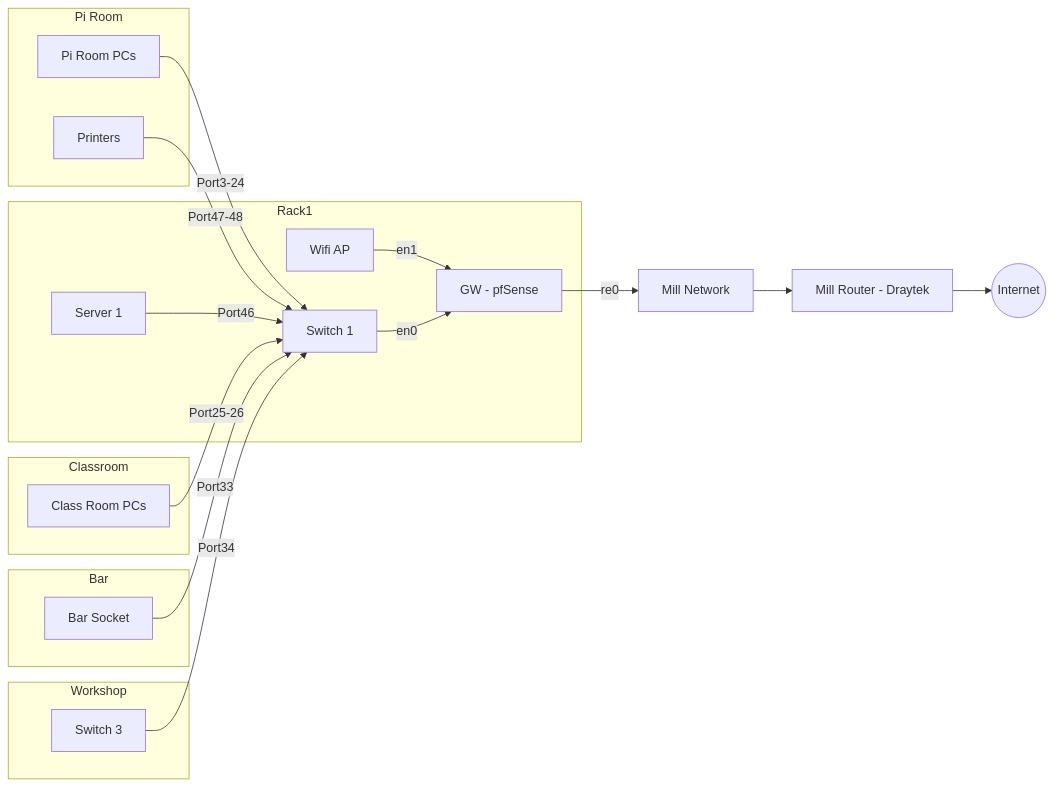
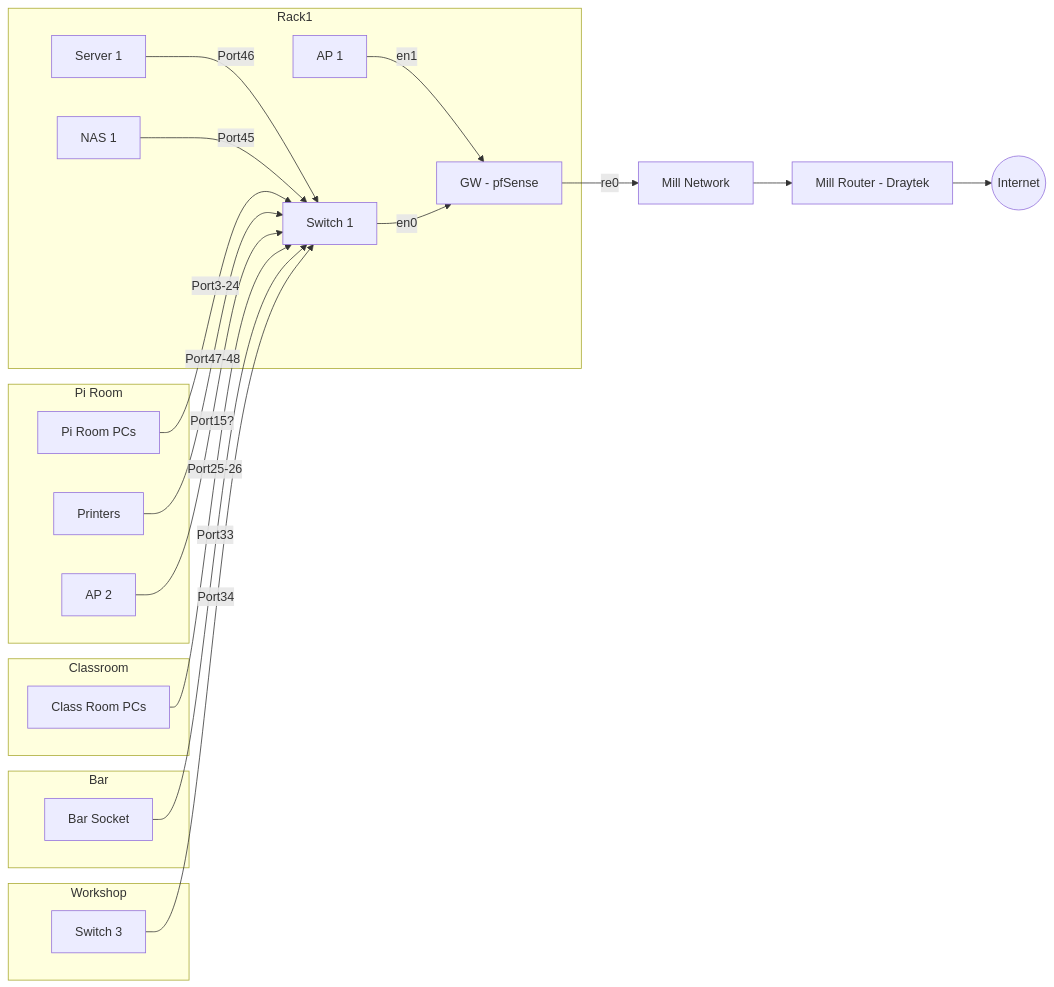
The first of 2 diagrams in docs/infrastructure/network_layout.md (leigh-hackspace/HackspaceWiki), drawn with Mermaid before and after one commit. The commit also changed other lines of this file and 1 other file, not shown here.

````diff
--- a/docs/infrastructure/network_layout.md
+++ b/docs/infrastructure/network_layout.md
@@ -17,29 +20,31 @@
 ```mermaid
 graph LR
     subgraph Rack1
     GW[GW - pfSense] 
-    AP[Wifi AP] -->|en1| GW
+    AP[AP 1] -->|en1| GW
     SWITCH1[Switch 1] -->|en0| GW
     SERVER1[Server 1] -->|Port46| SWITCH1
+    NAS1[NAS 1] --> |Port45| SWITCH1
     end
 
     GW -->|re0| MILL
     MILL[Mill Network] --> MILLROUTER[Mill Router - Draytek] --> INTERNET((Internet))
     
     subgraph Pi Room
     PIROOMPC[Pi Room PCs] -->|Port3-24| SWITCH1
     PRINTERS[Printers] -->|Port47-48| SWITCH1
+    PIROOMAP[AP 2] --> |Port15?| SWITCH1
     end
 
     subgraph Classroom
     CLASSROOMPC[Class Room PCs] -->|Port25-26| SWITCH1
     end
     
     subgraph Bar
     BAR[Bar Socket] -->|Port33| SWITCH1
     end
     
     subgraph Workshop
     SWITCH3[Switch 3] -->|Port34| SWITCH1
     end
 ```
````
